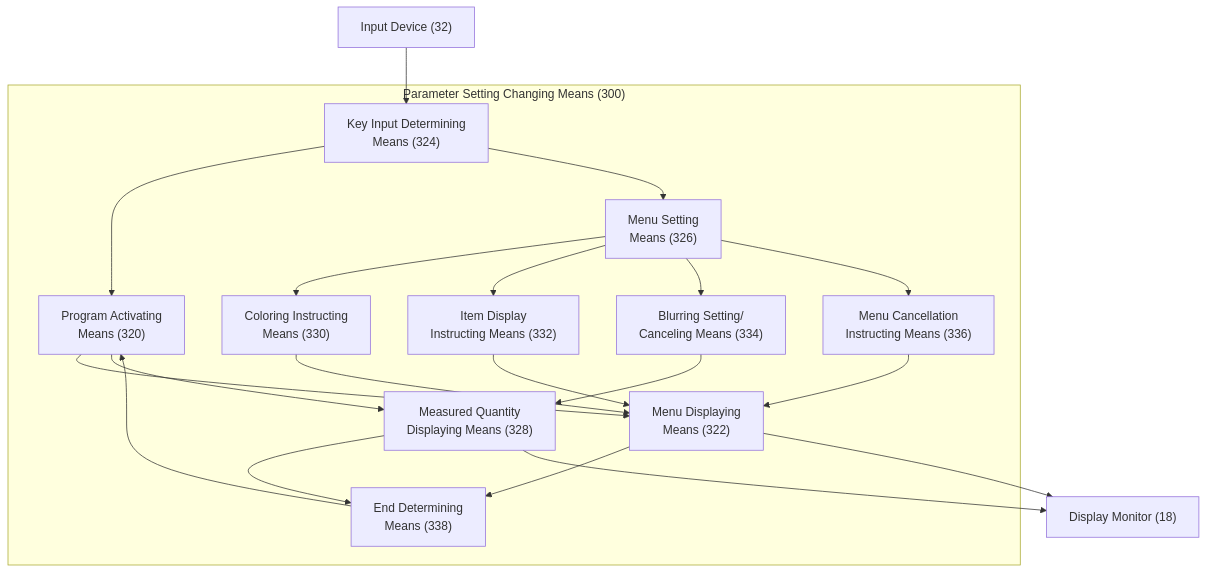
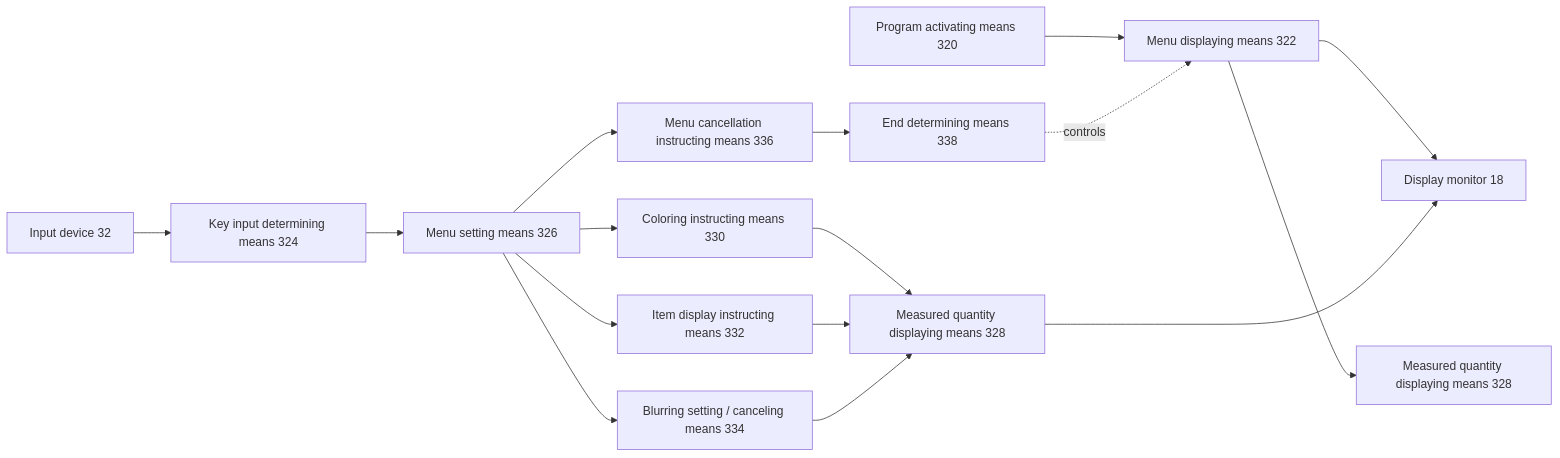
The fifth of 11 diagrams in docs/clock_patent/US6693606.md (JeanxPereira/CrystalClockVK), drawn with Mermaid before and after one commit. The commit also changed other lines of this file and 3 other files, not shown here.

````diff
--- a/docs/clock_patent/US6693606.md
+++ b/docs/clock_patent/US6693606.md
@@ -737,36 +248,19 @@
 ```mermaid
-graph TB
-    ID["Input Device (32)"] --> KID["Key Input Determining\nMeans (324)"]
+flowchart LR
+    IDEV["Input device 32"] --> KID["Key input determining means 324"]
+    PAM["Program activating means 320"] --> MDM["Menu displaying means 322"]
+    KID --> MSM["Menu setting means 326"]
+    MSM --> CIM["Coloring instructing means 330"]
+    MSM --> IDIM["Item display instructing means 332"]
+    MSM --> MCI["Menu cancellation instructing means 336"]
+    MSM --> BSC["Blurring setting / canceling means 334"]
 
-    subgraph PSC["Parameter Setting Changing Means (300)"]
-        PAM["Program Activating\nMeans (320)"]
-        MDM["Menu Displaying\nMeans (322)"]
-        KID["Key Input Determining\nMeans (324)"]
-        MSM["Menu Setting\nMeans (326)"]
-        MQD["Measured Quantity\nDisplaying Means (328)"]
-        CIM["Coloring Instructing\nMeans (330)"]
-        IDI["Item Display\nInstructing Means (332)"]
-        BSC["Blurring Setting/\nCanceling Means (334)"]
-        MCI["Menu Cancellation\nInstructing Means (336)"]
-        EDM["End Determining\nMeans (338)"]
-
-        PAM --> MDM
-        PAM --> MQD
-        KID --> PAM
-        KID --> MSM
-        MSM --> CIM
-        MSM --> IDI
-        MSM --> BSC
-        MSM --> MCI
-        CIM --> MDM
-        IDI --> MDM
-        MCI --> MDM
-        BSC --> MQD
-        MQD --> EDM
-        MDM --> EDM
-        EDM --> PAM
-    end
-
-    MDM --> DM["Display Monitor (18)"]
+    CIM --> MQD["Measured quantity displaying means 328"]
+    IDIM --> MQD
+    BSC --> MQD
+    MDM --> MQDISP["Measured quantity displaying means 328"]
+    MCI --> EDM["End determining means 338"]
+    MDM --> DM["Display monitor 18"]
     MQD --> DM
+    EDM -.controls.-> MDM
 ```
````
